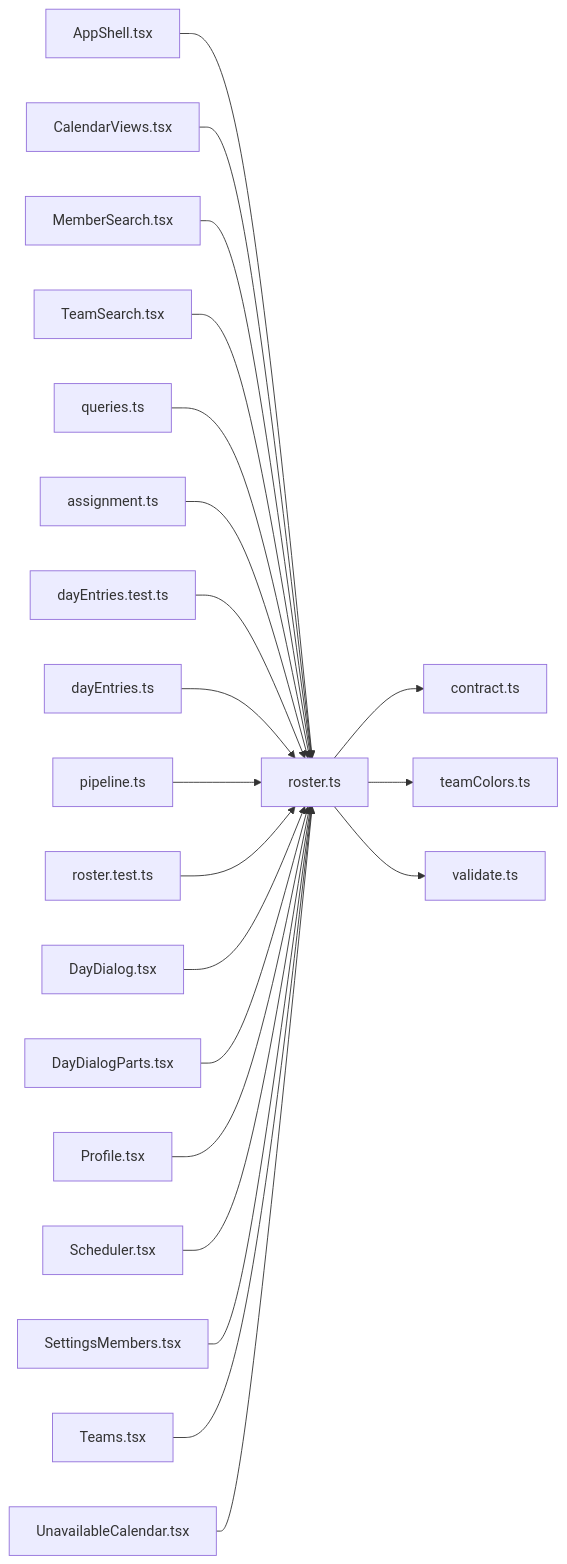
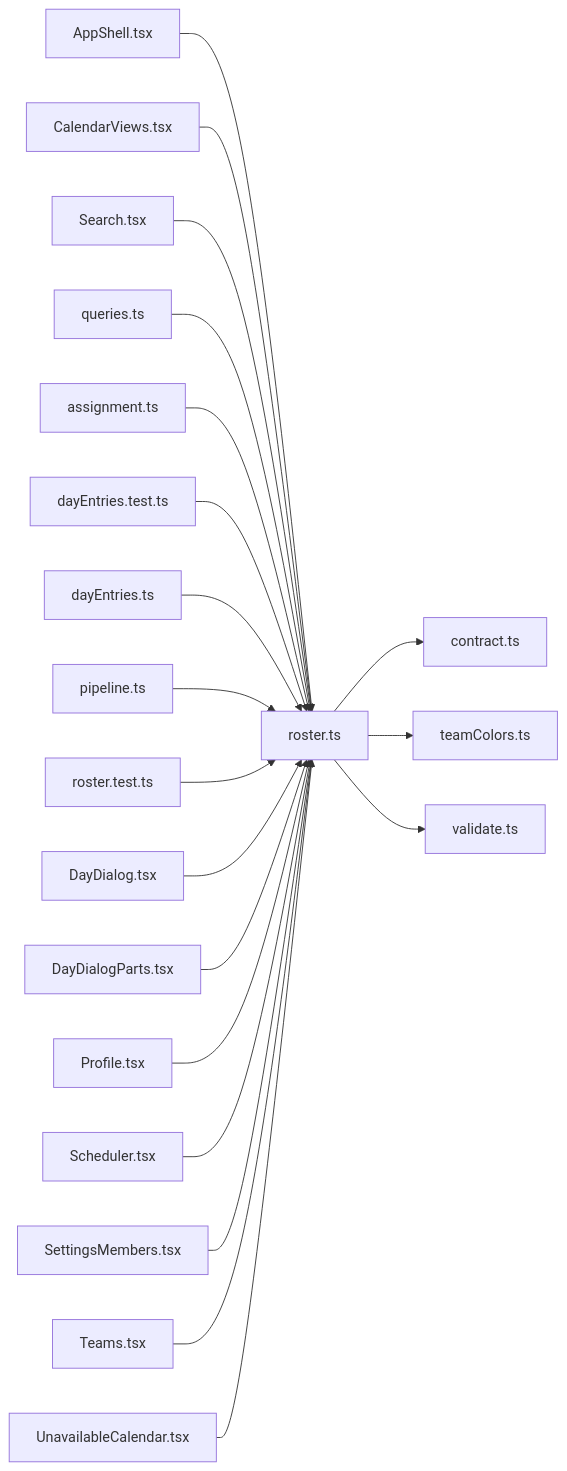
One commit to minkong-dev/Banblit changed the diagram in .cluedoc/graph/frontend/src/lib/roster.md. Above: the diagram before and after it, drawn with Mermaid. The commit also changed other lines of this file and 78 other files, not shown here.

Commit message:
frontend: merge single-function files into Board, Profile, Search, controls, loading and pipeline

````diff
--- a/.cluedoc/graph/frontend/src/lib/roster.md
+++ b/.cluedoc/graph/frontend/src/lib/roster.md
@@ -10,24 +10,23 @@
 ```mermaid
 flowchart LR
   frontend_src_lib_roster["roster.ts"]
   frontend_src_lib_roster --> frontend_src_lib_contract["contract.ts"]
   frontend_src_lib_roster --> frontend_src_lib_teamColors["teamColors.ts"]
   frontend_src_lib_roster --> frontend_src_lib_validate["validate.ts"]
   frontend_src_components_AppShell["AppShell.tsx"] --> frontend_src_lib_roster
   frontend_src_components_CalendarViews["CalendarViews.tsx"] --> frontend_src_lib_roster
-  frontend_src_components_MemberSearch["MemberSearch.tsx"] --> frontend_src_lib_roster
-  frontend_src_components_TeamSearch["TeamSearch.tsx"] --> frontend_src_lib_roster
+  frontend_src_components_Search["Search.tsx"] --> frontend_src_lib_roster
   frontend_src_components_queries["queries.ts"] --> frontend_src_lib_roster
   frontend_src_lib_assignment["assignment.ts"] --> frontend_src_lib_roster
   frontend_src_lib_dayEntries_test["dayEntries.test.ts"] --> frontend_src_lib_roster
   frontend_src_lib_dayEntries["dayEntries.ts"] --> frontend_src_lib_roster
   frontend_src_lib_pipeline["pipeline.ts"] --> frontend_src_lib_roster
   frontend_src_lib_roster_test["roster.test.ts"] --> frontend_src_lib_roster
   frontend_src_routes_DayDialog["DayDialog.tsx"] --> frontend_src_lib_roster
   frontend_src_routes_DayDialogParts["DayDialogParts.tsx"] --> frontend_src_lib_roster
   frontend_src_routes_Profile["Profile.tsx"] --> frontend_src_lib_roster
   frontend_src_routes_Scheduler["Scheduler.tsx"] --> frontend_src_lib_roster
   frontend_src_routes_SettingsMembers["SettingsMembers.tsx"] --> frontend_src_lib_roster
   frontend_src_routes_Teams["Teams.tsx"] --> frontend_src_lib_roster
   frontend_src_routes_UnavailableCalendar["UnavailableCalendar.tsx"] --> frontend_src_lib_roster
 ```
````
